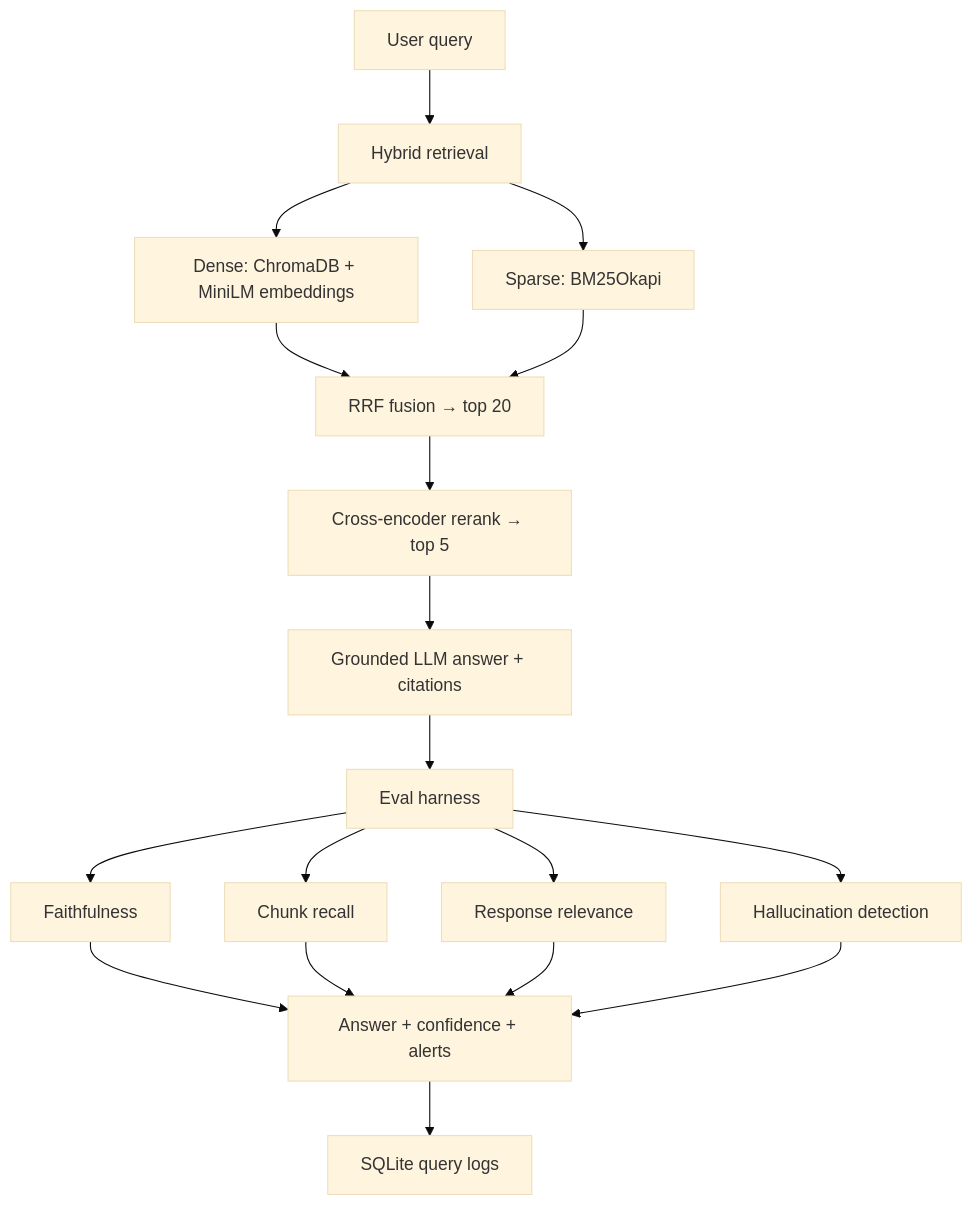
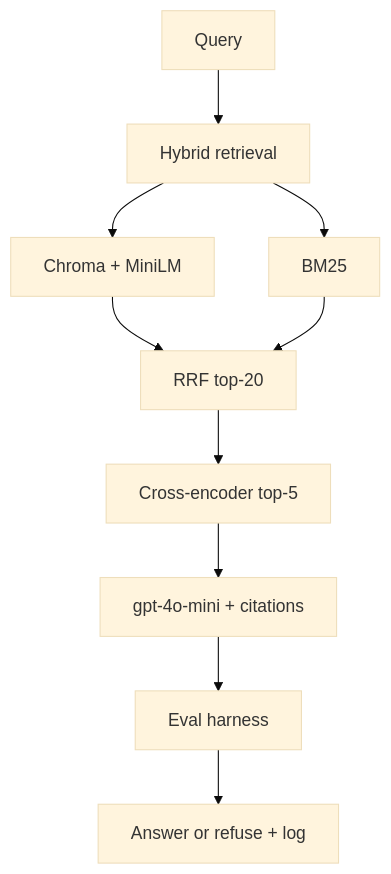
One commit to sanialolidk/financial-rag-eval changed the diagram in README.md. Above: the diagram before and after it, drawn with Mermaid (base theme). The commit also changed other lines of this file and 12 other files, not shown here.

````diff
--- a/README.md
+++ b/README.md
@@ -11,20 +9,12 @@
 ```mermaid
 flowchart TD
-    Q[User query] --> H[Hybrid retrieval]
-    H --> D[Dense: ChromaDB + MiniLM embeddings]
-    H --> B[Sparse: BM25Okapi]
-    D --> F[RRF fusion → top 20]
+    Q[Query] --> H[Hybrid retrieval]
+    H --> D[Chroma + MiniLM]
+    H --> B[BM25]
+    D --> F[RRF top-20]
     B --> F
-    F --> R[Cross-encoder rerank → top 5]
-    R --> G[Grounded LLM answer + citations]
+    F --> R[Cross-encoder top-5]
+    R --> G[gpt-4o-mini + citations]
     G --> E[Eval harness]
-    E --> F1[Faithfulness]
-    E --> F2[Chunk recall]
-    E --> F3[Response relevance]
-    E --> F4[Hallucination detection]
-    F1 --> OUT[Answer + confidence + alerts]
-    F2 --> OUT
-    F3 --> OUT
-    F4 --> OUT
-    OUT --> LOG[SQLite query logs]
+    E --> OUT[Answer or refuse + log]
 ```
````
